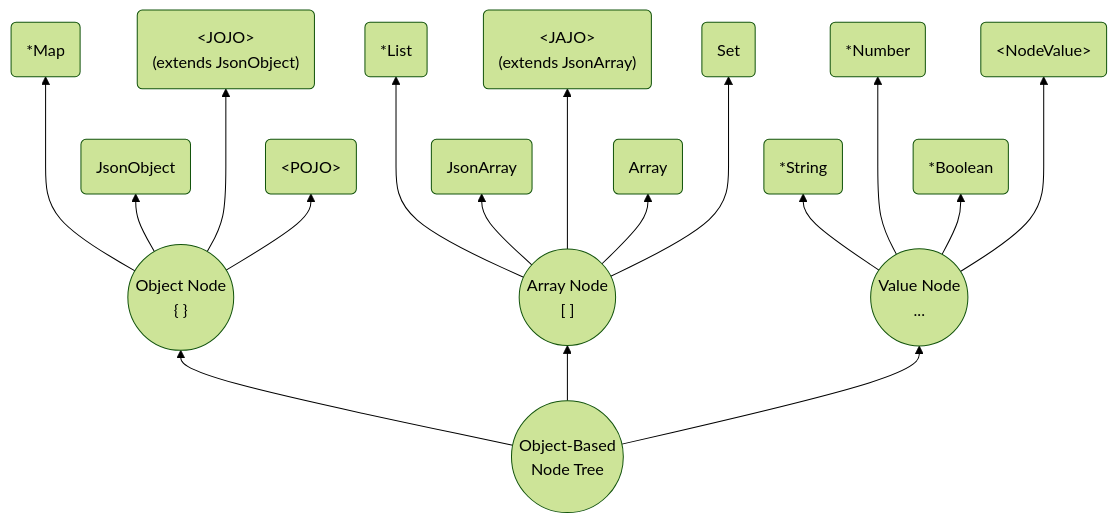
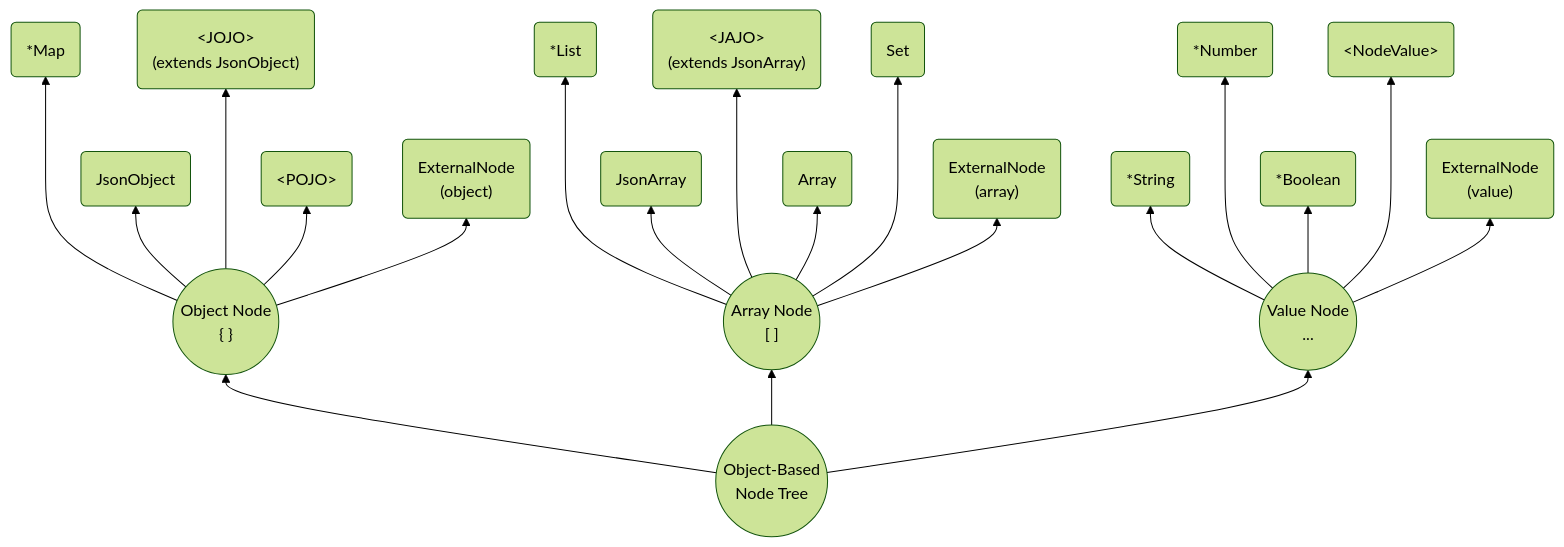
One commit to sjf4j-projects/sjf4j-website changed the diagram in docs/modeling.md. Above: the diagram before and after it, drawn with Mermaid (forest theme). The commit also changed other lines of this file, not shown here.

Commit message:
docs: show external object, array, and value nodes in OBNT modeling

````diff
--- a/docs/modeling.md
+++ b/docs/modeling.md
@@ -14,20 +14,23 @@
 ```mermaid
 graph BT
   node(("Object-Based <br/> Node Tree"))
   node --> object(("Object Node<br/> { }"))
     object ---> map("*Map")
     object --> jo("JsonObject")
     object ---> jojo(" &lt;JOJO&gt; <br/> (extends JsonObject)")
     object --> pojo(" &lt;POJO&gt; ")
+    object --> externalObject("ExternalNode<br/> (object)")
   node --> array(("Array Node<br/> [ ]"))
     array ---> list("*List")
     array --> ja("JsonArray")
     array ---> jajo(" &lt;JAJO&gt; <br/> (extends JsonArray)")
     array --> arr("Array")
     array ---> set("Set")
+    array --> externalArray("ExternalNode<br/> (array)")
   node --> value(("Value Node <br/> ..."))
     value --> string("*String")
     value ---> number("*Number")
     value --> boolean("*Boolean")
     value ---> nodeValue("&lt;NodeValue&gt;")
+    value --> externalValue("ExternalNode<br/> (value)")
 ```
````
